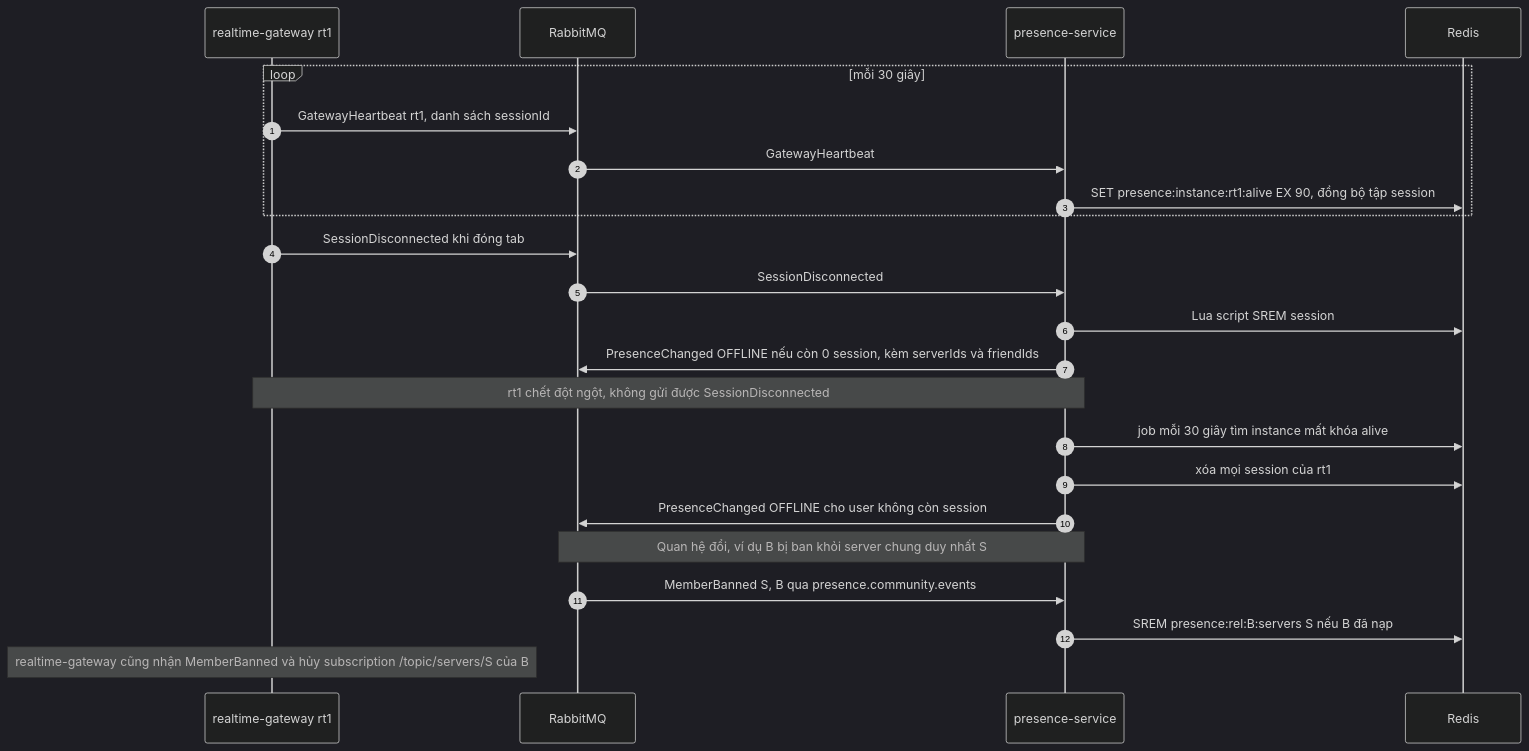
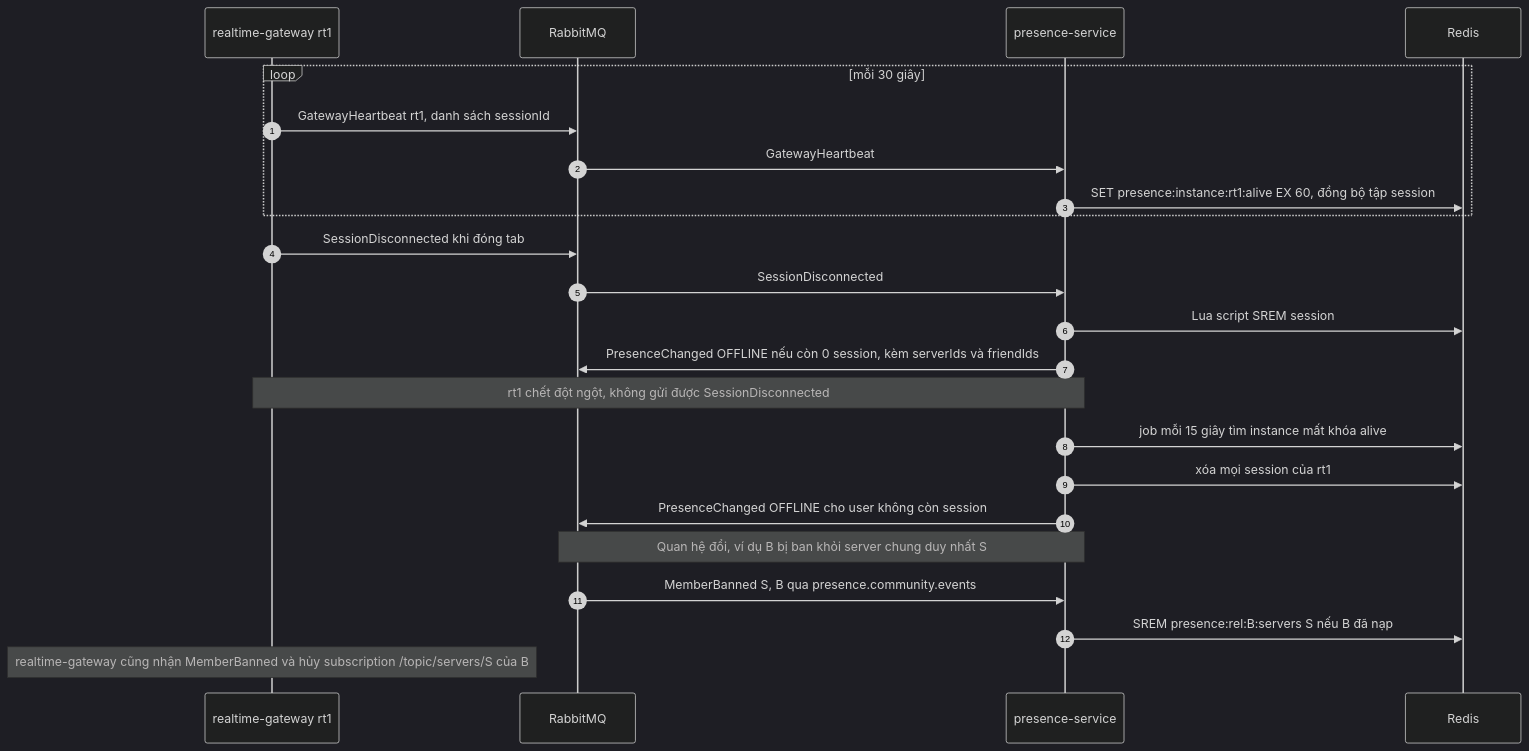
The second of 2 diagrams in docs/03-diagrams/sequence-presence.md (quocanh112233/nexus-backend), drawn with Mermaid (dark theme) before and after one commit. The commit also changed 169 other files, not shown here.

````diff
--- a/docs/03-diagrams/sequence-presence.md
+++ b/docs/03-diagrams/sequence-presence.md
@@ -52,29 +52,29 @@
 ```mermaid
 sequenceDiagram
     autonumber
     participant RT as realtime-gateway rt1
     participant MQ as RabbitMQ
     participant PR as presence-service
     participant R as Redis
 
     loop mỗi 30 giây
         RT->>MQ: GatewayHeartbeat rt1, danh sách sessionId
         MQ->>PR: GatewayHeartbeat
-        PR->>R: SET presence:instance:rt1:alive EX 90, đồng bộ tập session
+        PR->>R: SET presence:instance:rt1:alive EX 60, đồng bộ tập session
     end
 
     RT->>MQ: SessionDisconnected khi đóng tab
     MQ->>PR: SessionDisconnected
     PR->>R: Lua script SREM session
     PR->>MQ: PresenceChanged OFFLINE nếu còn 0 session, kèm serverIds và friendIds
 
     Note over RT,PR: rt1 chết đột ngột, không gửi được SessionDisconnected
-    PR->>R: job mỗi 30 giây tìm instance mất khóa alive
+    PR->>R: job mỗi 15 giây tìm instance mất khóa alive
     PR->>R: xóa mọi session của rt1
     PR->>MQ: PresenceChanged OFFLINE cho user không còn session
 
     Note over MQ,PR: Quan hệ đổi, ví dụ B bị ban khỏi server chung duy nhất S
     MQ->>PR: MemberBanned S, B qua presence.community.events
     PR->>R: SREM presence:rel:B:servers S nếu B đã nạp
     Note over RT: realtime-gateway cũng nhận MemberBanned và hủy subscription /topic/servers/S của B
 ```
````
